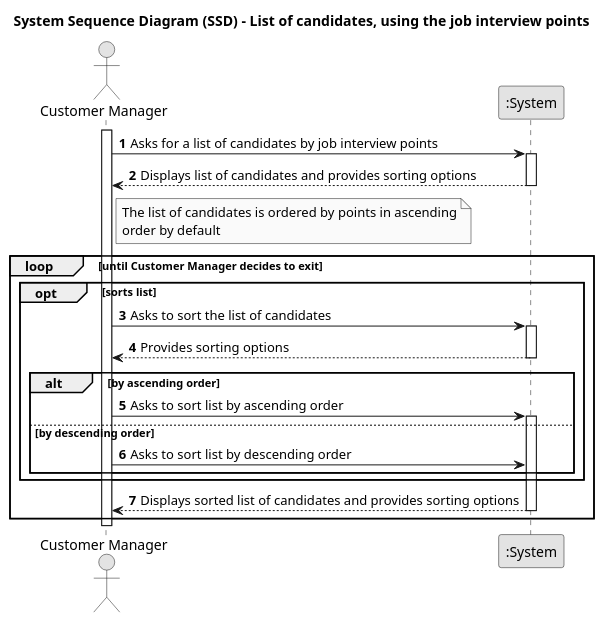
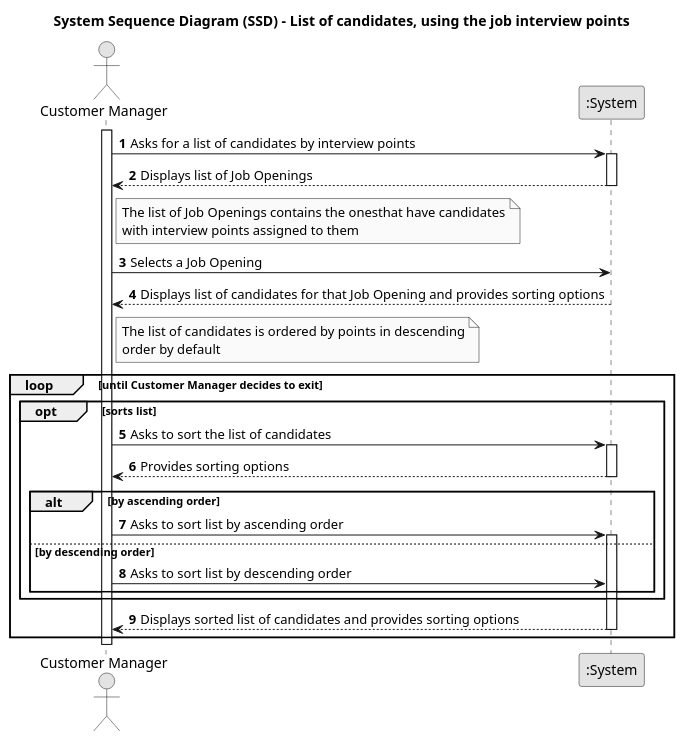
One commit to PureNimble/ISEP-LAPR4 changed the diagram in docs/sprintc/us_1019/01.requirements-engineering/puml/SSD-US1019.puml. Above: the diagram before and after it, drawn with PlantUML. The commit also changed 1 other file, not shown here.

```diff
--- a/docs/sprintc/us_1019/01.requirements-engineering/puml/SSD-US1019.puml
+++ b/docs/sprintc/us_1019/01.requirements-engineering/puml/SSD-US1019.puml
@@ -1,45 +1,53 @@
 @startuml SSD-US1019
 
 skinparam monochrome true
 skinparam packageStyle rectangle
 skinparam shadowing false
 
 title System Sequence Diagram (SSD) - List of candidates, using the job interview points
 
 autonumber
 
 actor "Customer Manager" as CustomerManager
 participant ":System" as System
 
 activate CustomerManager
 
-CustomerManager -> System : Asks for a list of candidates by job interview points
+CustomerManager -> System : Asks for a list of candidates by interview points
 activate System
 
-System --> CustomerManager : Displays list of candidates and provides sorting options
+System --> CustomerManager : Displays list of Job Openings
 deactivate System
 
-note right of CustomerManager: The list of candidates is ordered by points in ascending\norder by default
+note right of CustomerManager: The list of Job Openings contains the onesthat have candidates\nwith interview points assigned to them
+
+
+CustomerManager -> System : Selects a Job Opening
+
+System --> CustomerManager : Displays list of candidates for that Job Opening and provides sorting options
+deactivate System
+
+note right of CustomerManager: The list of candidates is ordered by points in descending\norder by default
 
 loop until Customer Manager decides to exit
     opt sorts list
         CustomerManager -> System : Asks to sort the list of candidates
         activate System
 
         System --> CustomerManager : Provides sorting options
         deactivate System
 
         alt by ascending order
             CustomerManager -> System : Asks to sort list by ascending order
             activate System
         else by descending order
             CustomerManager -> System : Asks to sort list by descending order
         end
     end
     System --> CustomerManager : Displays sorted list of candidates and provides sorting options
     deactivate System
 end
 
 deactivate CustomerManager
 
 @enduml
```
